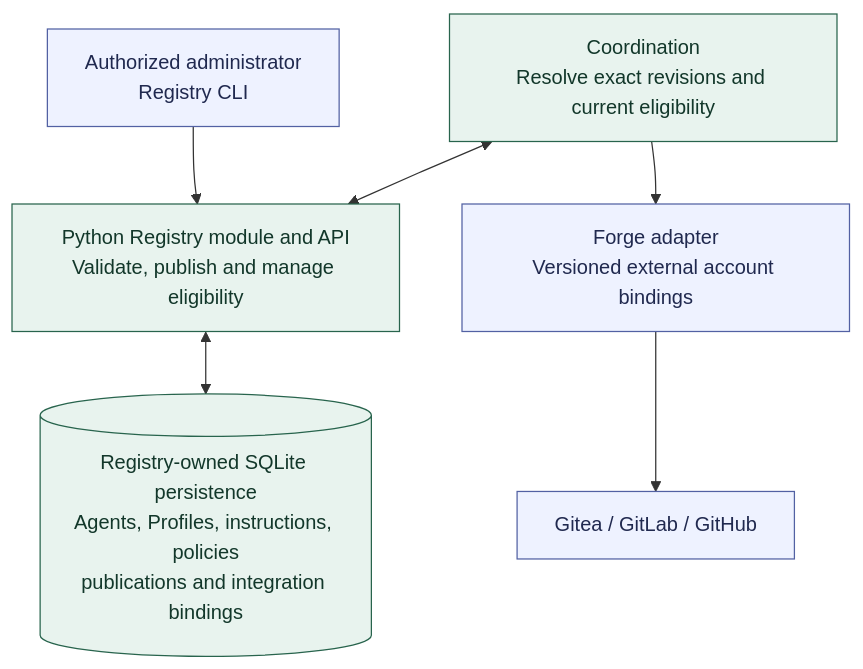
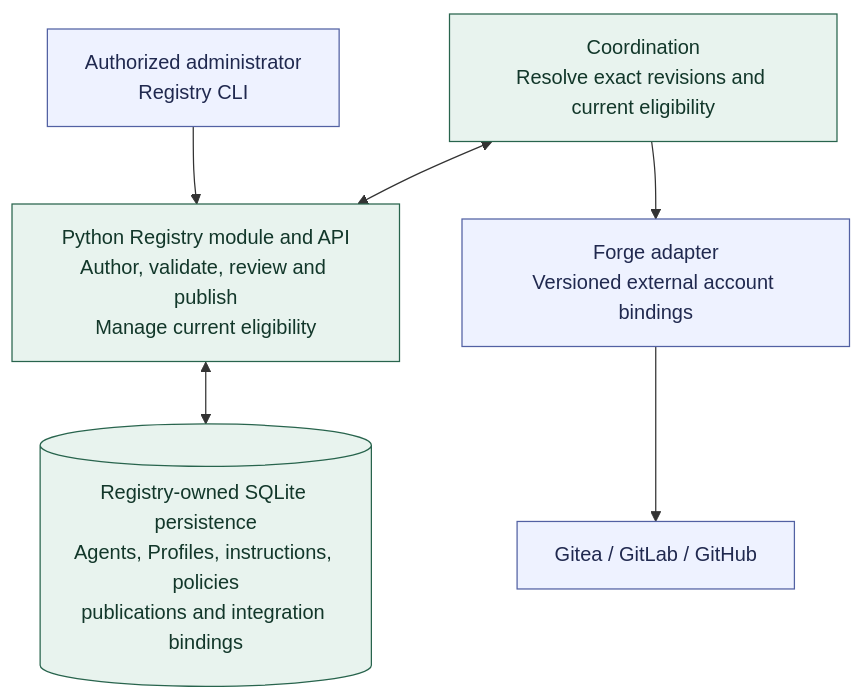
The diagram in docs/diagrams/registry-organization.md (andrii2g/mobiraeon), drawn with Mermaid before and after one commit. The commit also changed other lines of this file and 8 other files, not shown here.

````diff
--- a/docs/diagrams/registry-organization.md
+++ b/docs/diagrams/registry-organization.md
@@ -5,18 +5,18 @@
 ```mermaid
 ---
 config:
   flowchart:
     wrappingWidth: 250
 ---
 flowchart TB
-    ADMIN["Authorized administrator<br/>Registry CLI"] --> API["Python Registry module and API<br/>Validate, publish and manage eligibility"]
+    ADMIN["Authorized administrator<br/>Registry CLI"] --> API["Python Registry module and API<br/>Author, validate, review and publish<br/>Manage current eligibility"]
     API <--> STORE[("Registry-owned SQLite persistence<br/>Agents, Profiles, instructions, policies<br/>publications and integration bindings")]
     COORD["Coordination<br/>Resolve exact revisions and current eligibility"] <--> API
     COORD --> ADAPTER["Forge adapter<br/>Versioned external account bindings"]
     ADAPTER --> FORGE["Gitea / GitLab / GitHub"]
 
     classDef agreed fill:#e8f3ee,stroke:#28644d,color:#12372a;
     classDef boundary fill:#eef2ff,stroke:#5261a3,color:#20294f;
     class API,STORE,COORD agreed;
     class ADMIN,ADAPTER,FORGE boundary;
 ```
````
